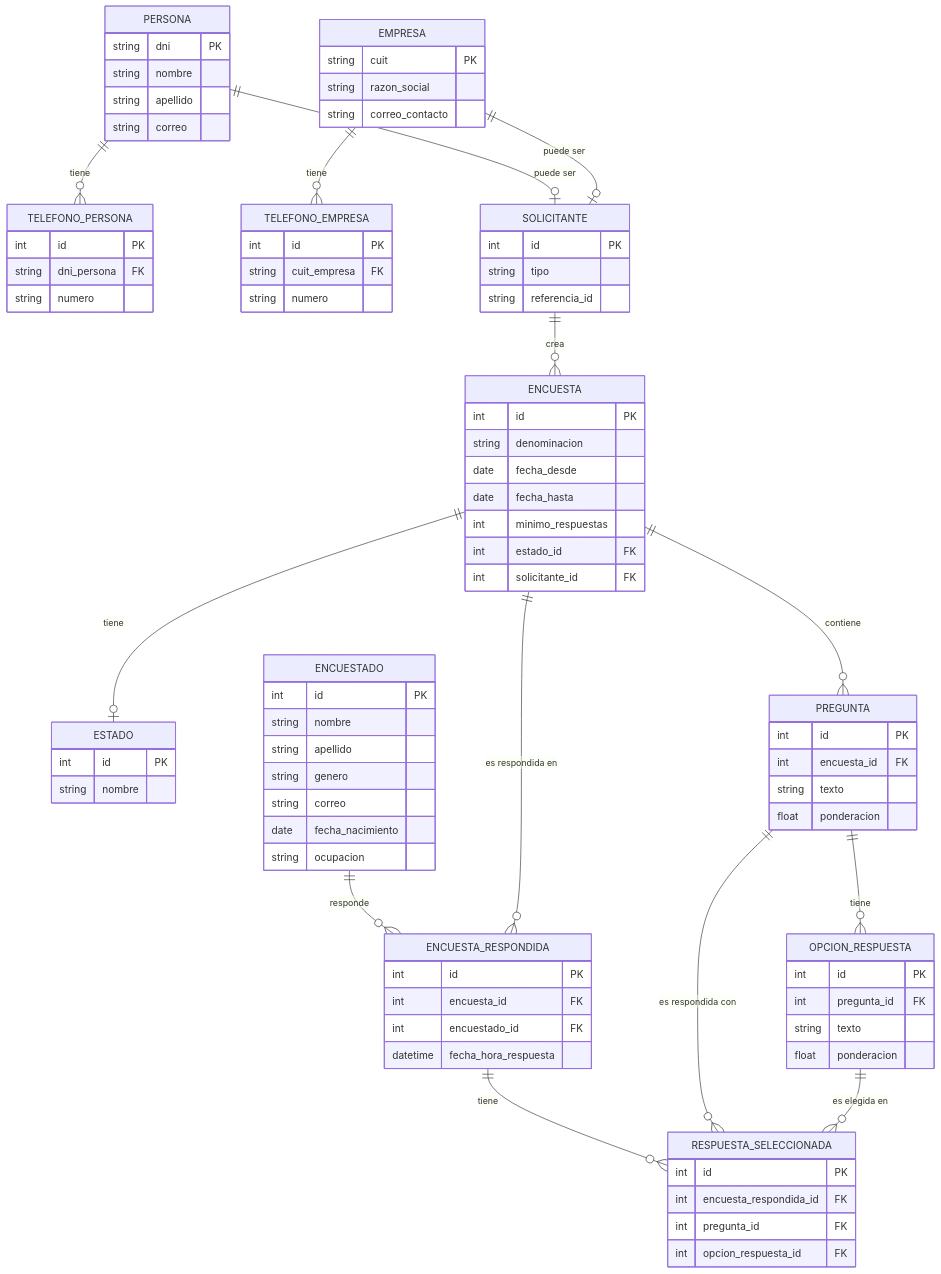
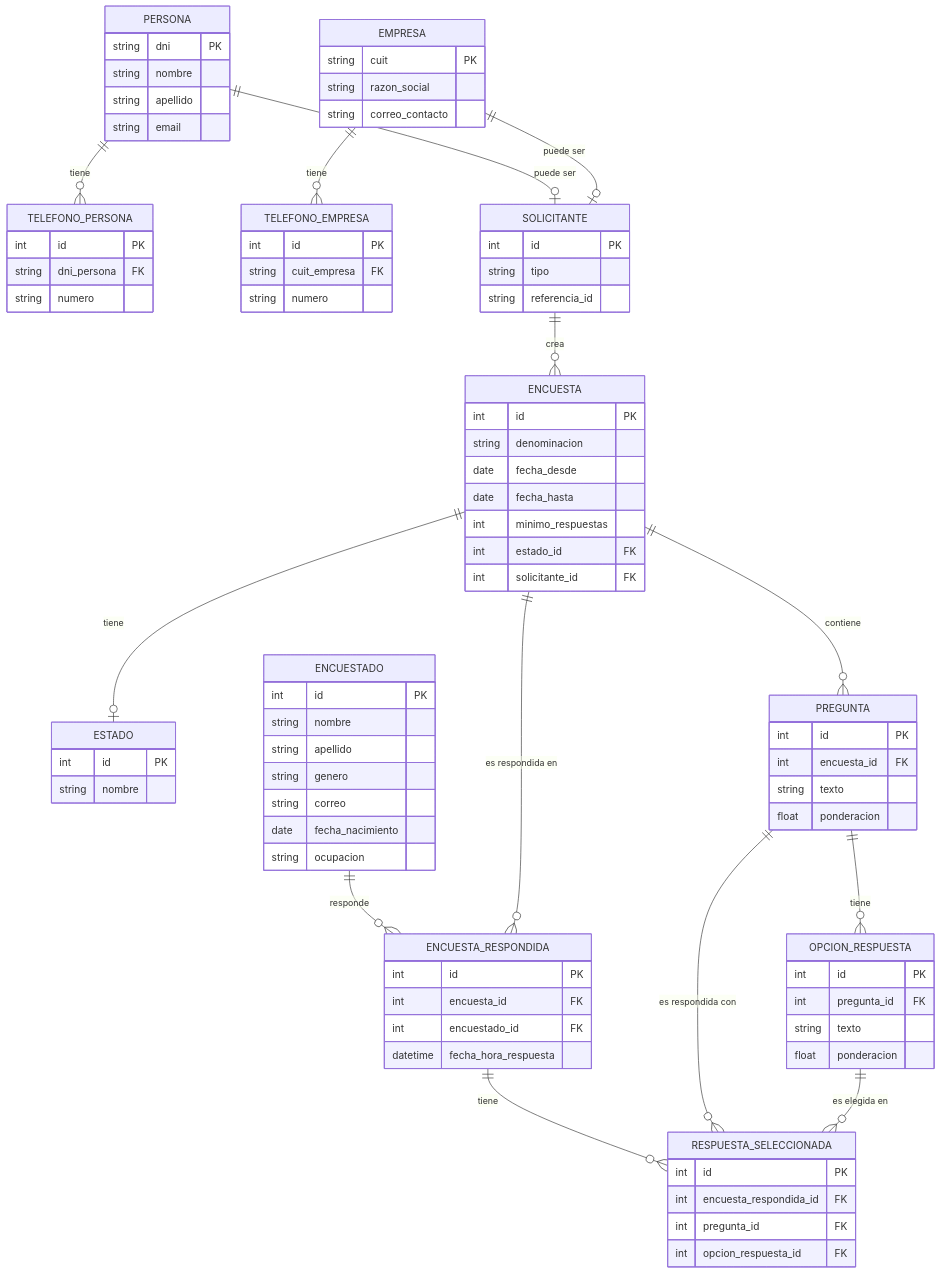
One commit to giulianoh92/encuestas-system changed the diagram in README.md. Above: the diagram before and after it, drawn with Mermaid.

Commit message:
fix: corregir campo de correo a email en el diagrama entidad-relación

```diff
--- a/README.md
+++ b/README.md
@@ -23,7 +23,7 @@
         string dni PK
         string nombre
         string apellido
-        string correo
+        string email
     }
     TELEFONO_PERSONA {
         int id PK
```
